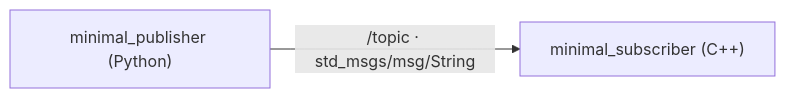
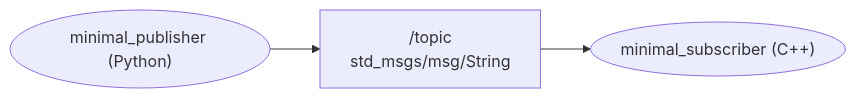
One commit to TUBAF-IfI-LiaScript/VL_SoftwareprojektRobotik changed diagram 12 of 13 in 01_ROS_Grundlagen/01_ROS_Grundlagen.md. Above: the diagram before and after it, drawn with Mermaid. The commit also changed other lines of this file and 6 other files, not shown here.

````diff
--- a/01_ROS_Grundlagen/01_ROS_Grundlagen.md
+++ b/01_ROS_Grundlagen/01_ROS_Grundlagen.md
@@ -384,4 +845,6 @@
 ```mermaid @mermaid
 graph LR
-    P["minimal_publisher (Python)"] -- "/topic · std_msgs/msg/String" --> S["minimal_subscriber (C++)"]
+    classDef rosnode rx:500px,ry:500px
+    P["minimal_publisher (Python)"] --> T["/topic<br/>std_msgs/msg/String"] --> S["minimal_subscriber (C++)"]
+    class P,S rosnode
 ```
````
